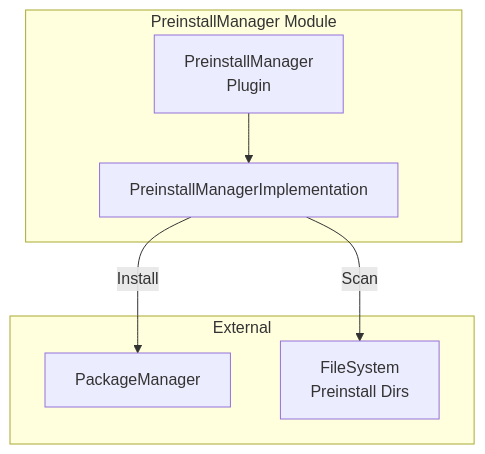
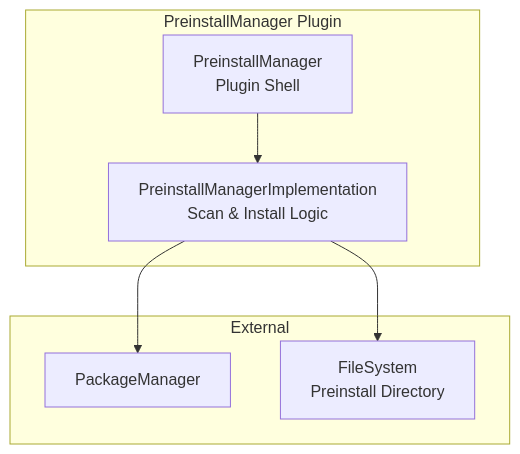
One commit to rdkcentral/entservices-appmanagers changed the first of 3 diagrams in PreinstallManager/PreinstallManager.md. Above: the diagram before and after it, drawn with Mermaid. The commit also changed other lines of this file and 19 other files, not shown here.

````diff
--- a/PreinstallManager/PreinstallManager.md
+++ b/PreinstallManager/PreinstallManager.md
@@ -30,16 +28,16 @@
 ```mermaid
 graph TB
-    subgraph "PreinstallManager Module"
-        PIM[PreinstallManager<br/>Plugin]
-        PIMI[PreinstallManagerImplementation]
+    subgraph "PreinstallManager Plugin"
+        Shell[PreinstallManager<br/>Plugin Shell]
+        Impl[PreinstallManagerImplementation<br/>Scan & Install Logic]
     end
 
     subgraph "External"
-        PkgMgr[PackageManager]
-        FS[FileSystem<br/>Preinstall Dirs]
+        PKG[PackageManager]
+        FS[FileSystem<br/>Preinstall Directory]
     end
 
-    PIM --> PIMI
-    PIMI -->|Scan| FS
-    PIMI -->|Install| PkgMgr
+    Shell --> Impl
+    Impl --> PKG
+    Impl --> FS
 ```
````
